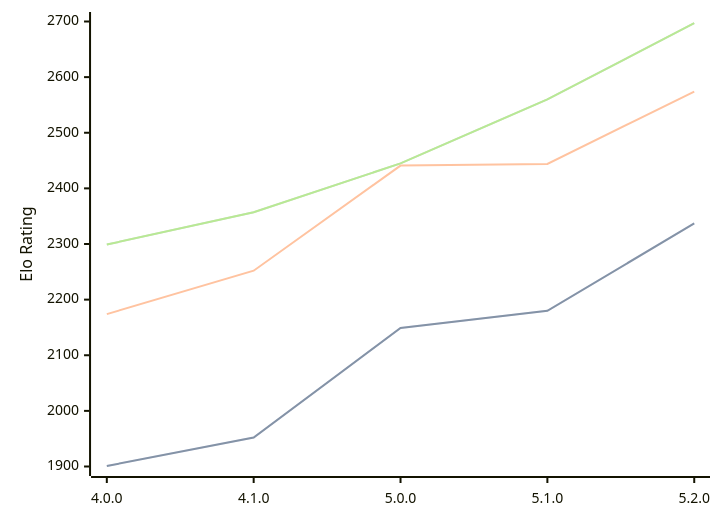
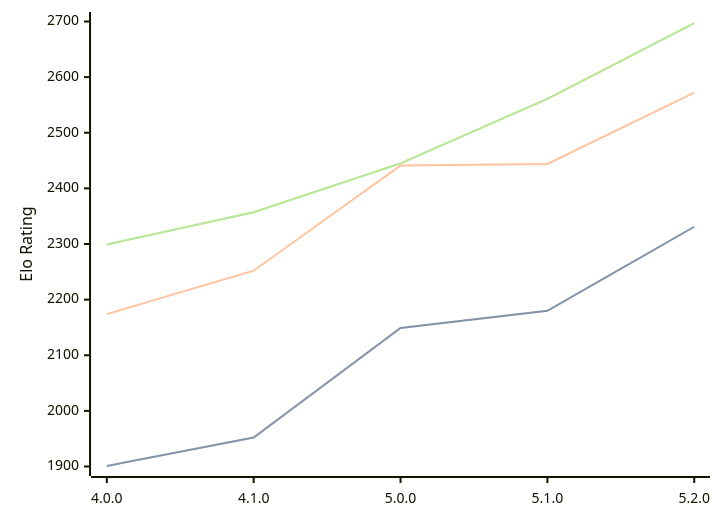
The first of 3 diagrams in engines/Aconcagua.md (computer-chess-index/cci), drawn with Mermaid before and after one commit. The commit also changed other lines of this file, not shown here.

Commit message:
Update CCI Ratings (ELO VLTC) - 2026-07-12

````diff
--- a/engines/Aconcagua.md
+++ b/engines/Aconcagua.md
@@ -44,11 +44,11 @@
 ```mermaid
 %%{init: {"theme":"base","themeVariables":{"seriesColors:['#a3a3a3','#222221','#faa371']}}}%%
 xychart-beta
   x-axis ["4.0.0", "4.1.0", "5.0.0", "5.1.0", "5.2.0"]
   y-axis "Elo Rating" 1900 --> 2700
-  line "STC (8.0+0.08s)" [1901, 1952, 2149, 2180, 2337]
-  line "STC (8.0+0.08s)" [1901, 1952, 2149, 2180, 2337]
-  line "LTC (60.0+0.60s)" [2174, 2252, 2441, 2444, 2574]
-  line "VLTC (2m24s+1.12s)" [2299, 2357, 2445, 2560, 2697]
-  line "VLTC (2m24s+1.12s)" [2299, 2357, 2445, 2560, 2697]
+  line "STC (8.0+0.08s)" [1901, 1952, 2149, 2180, 2331]
+  line "STC (8.0+0.08s)" [1901, 1952, 2149, 2180, 2331]
+  line "LTC (60.0+0.60s)" [2174, 2252, 2441, 2444, 2572]
+  line "VLTC (2m24s+1.12s)" [2299, 2357, 2445, 2561, 2697]
+  line "VLTC (2m24s+1.12s)" [2299, 2357, 2445, 2561, 2697]
 ```
````
